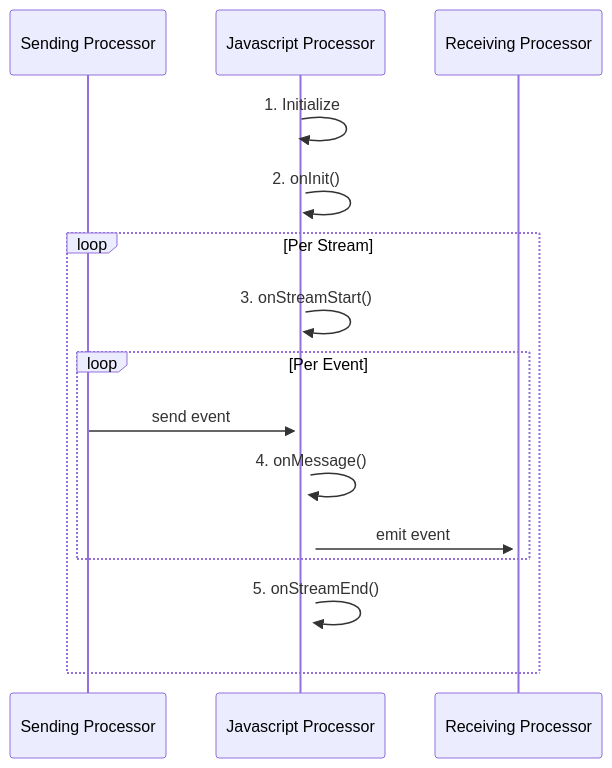
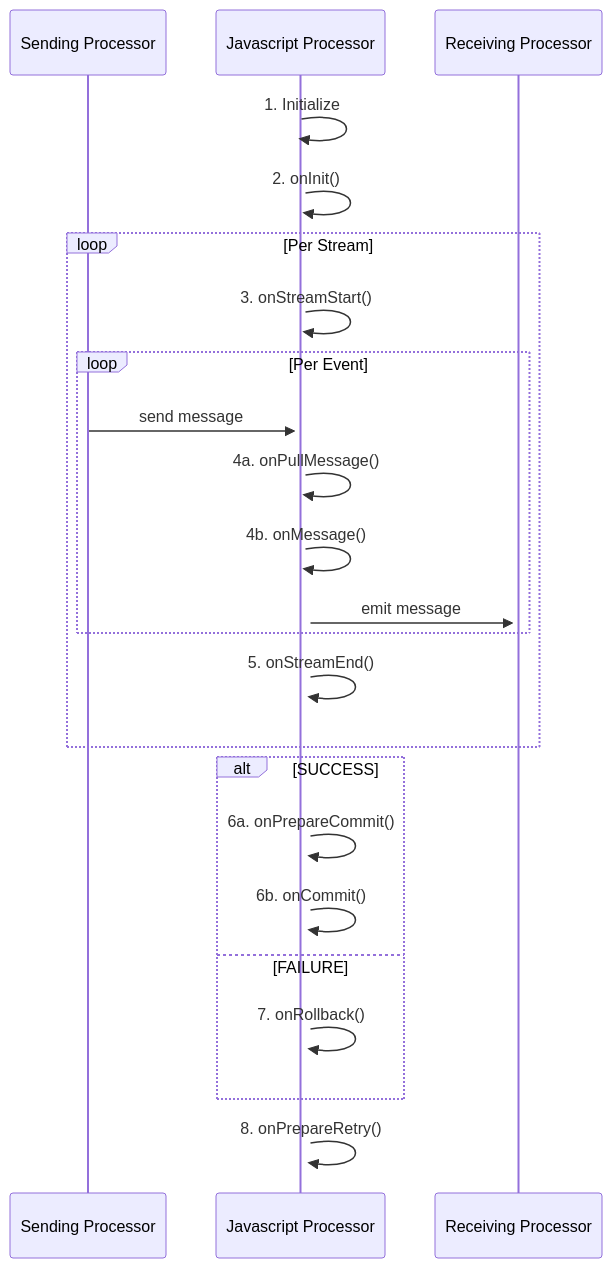
The diagram in docs/04-language-reference/javascript/01-javascript_introduction.md (layline-io/layline-doc), drawn with Mermaid before and after one commit. The commit also changed other lines of this file and 2 other files, not shown here.

Commit message:
Refactor JavaScript and Python documentation to standardize method naming conventions and enhance lifecycle explanations; introduce new hooks for message handling and transaction management.

````diff
--- a/docs/04-language-reference/javascript/01-javascript_introduction.md
+++ b/docs/04-language-reference/javascript/01-javascript_introduction.md
@@ -64,18 +64,26 @@
 ```mermaid
 sequenceDiagram
     participant Send as Sending Processor
     participant JS as Javascript Processor
     participant Receive as Receiving Processor
     
     JS->>+JS: 1. Initialize
     JS->>JS: 2. onInit()
     loop Per Stream
     JS->>JS: 3. onStreamStart()
     loop Per Event
-        Send->>+JS: send event
-        JS->>+JS: 4. onMessage()
-        JS->>+Receive: emit event
+        Send->>JS: send message
+            JS->>JS: 4a. onPullMessage()
+            JS->>+JS: 4b. onMessage()
+        JS->>+Receive: emit message
     end
     JS->>JS: 5. onStreamEnd()
     end
+    alt SUCCESS
+        JS->>JS: 6a. onPrepareCommit()
+        JS->>JS: 6b. onCommit()
+    else FAILURE
+        JS->>JS: 7. onRollback()
+    end
+    JS->>JS: 8. onPrepareRetry()
 ```
````
